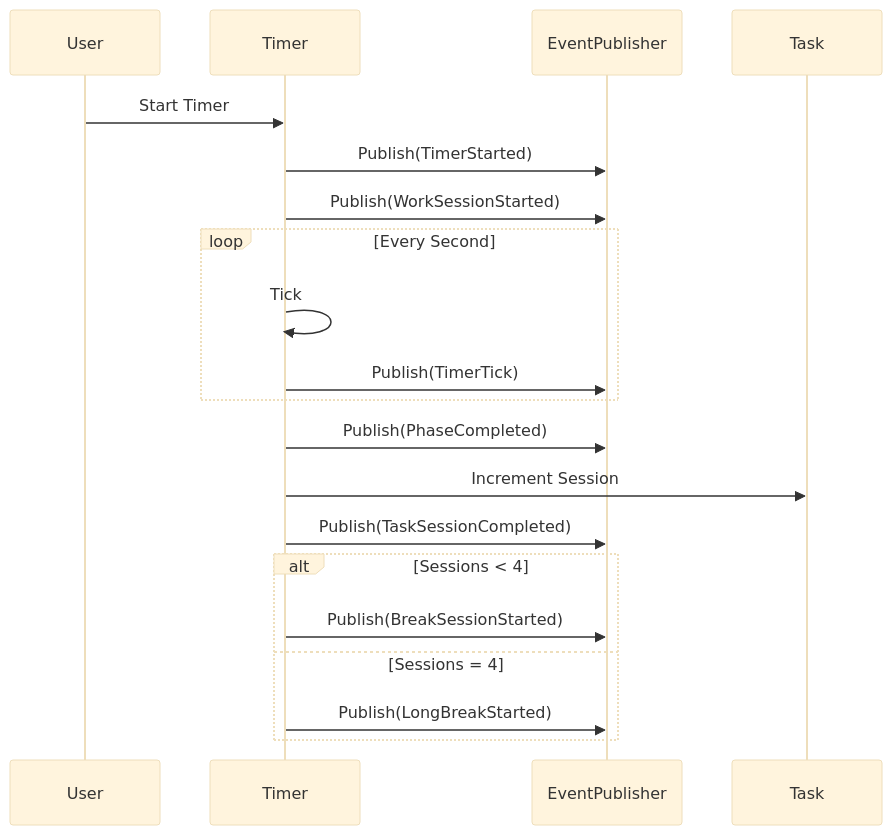
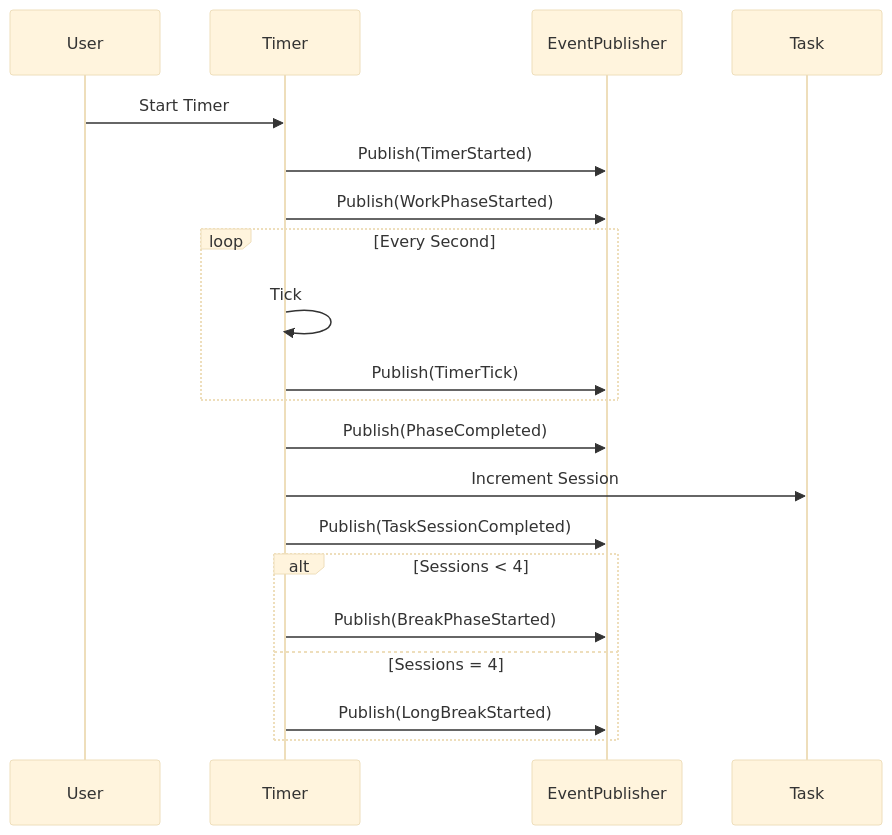
Before and after one commit to kulapoo/pomotoro: the sixth of 11 diagrams in docs/domain.md, drawn with Mermaid (base theme). The commit also changed other lines of this file and 19 other files, not shown here.

````diff
--- a/docs/domain.md
+++ b/docs/domain.md
@@ -211,26 +211,26 @@
 ```mermaid
 sequenceDiagram
     participant U as User
     participant T as Timer
     participant E as EventPublisher
     participant Task as Task
     
     U->>T: Start Timer
     T->>E: Publish(TimerStarted)
-    T->>E: Publish(WorkSessionStarted)
+    T->>E: Publish(WorkPhaseStarted)
     
     loop Every Second
         T->>T: Tick
         T->>E: Publish(TimerTick)
     end
     
     T->>E: Publish(PhaseCompleted)
     T->>Task: Increment Session
     T->>E: Publish(TaskSessionCompleted)
     
     alt Sessions < 4
-        T->>E: Publish(BreakSessionStarted)
+        T->>E: Publish(BreakPhaseStarted)
     else Sessions = 4
         T->>E: Publish(LongBreakStarted)
     end
 ```
````
